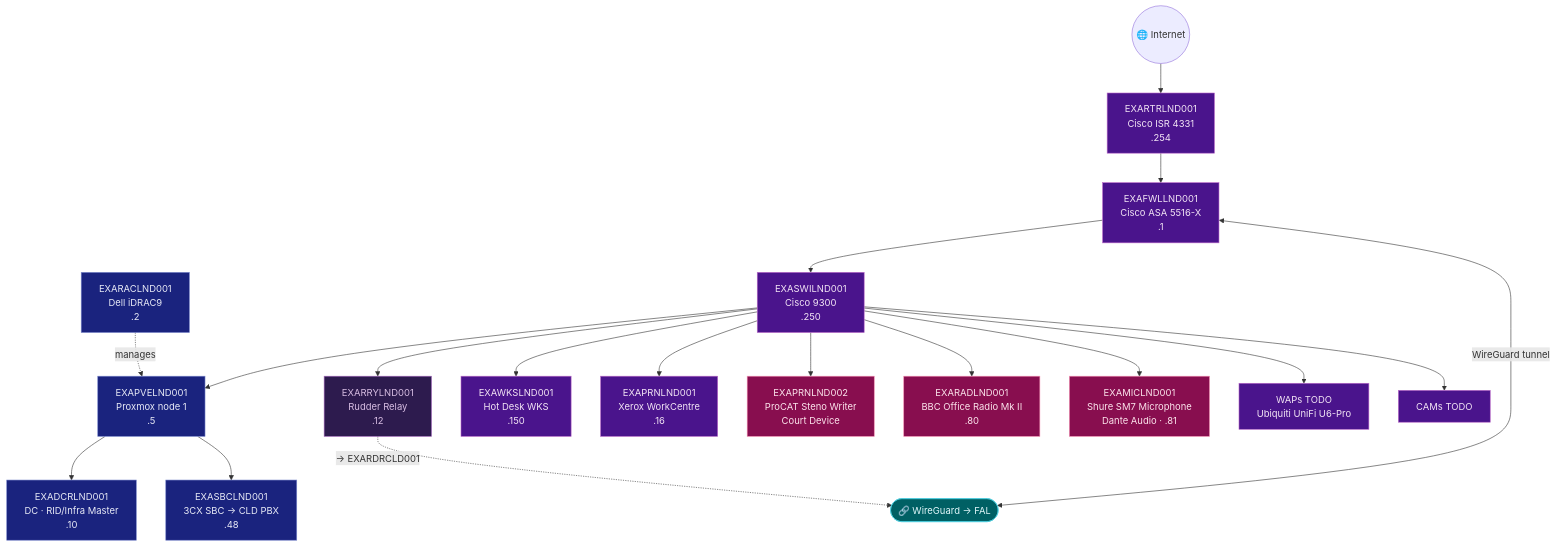
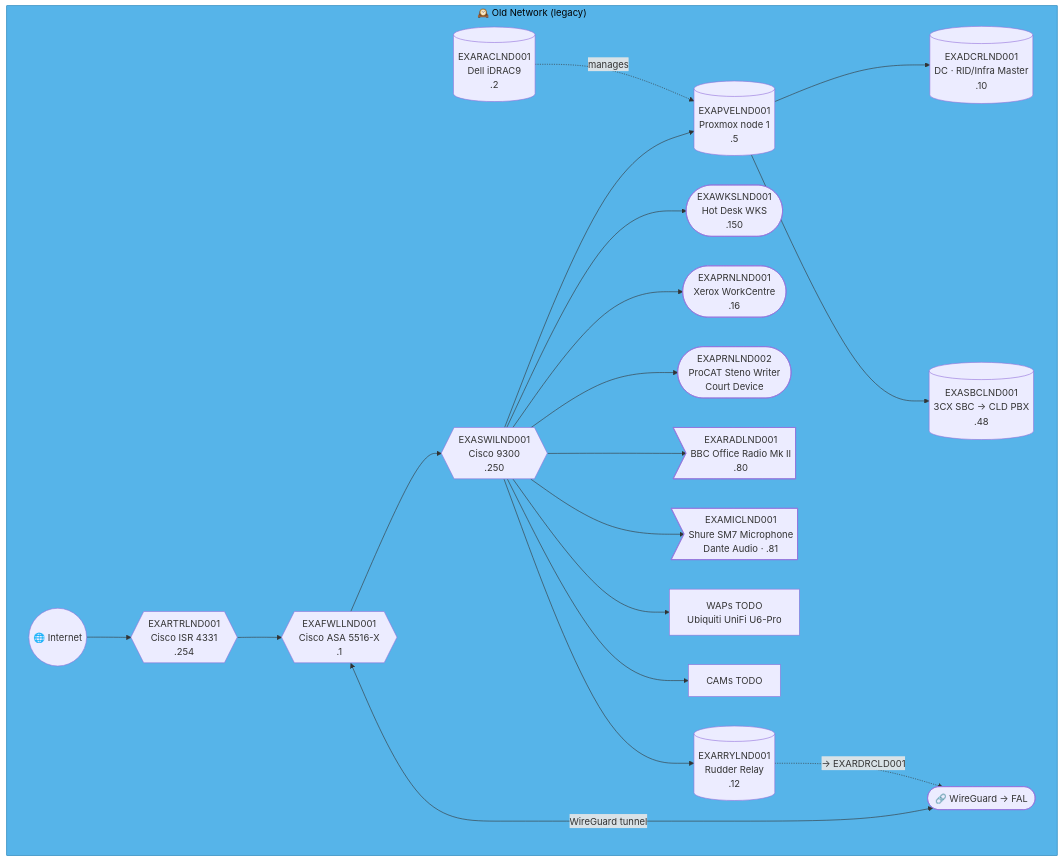
The ninth of 47 diagrams in docs/network-diagram.md (knightmare2600/example_music_infra), drawn with Mermaid before and after one commit. The commit also changed other lines of this file and 2 other files, not shown here.

````diff
--- a/docs/network-diagram.md
+++ b/docs/network-diagram.md
@@ -534,41 +515,32 @@
 ```mermaid
 graph TD
-    INET(("🌐 Internet"))
-    FWL["EXAFWLLND001<br/>Cisco ASA 5516-X<br/>.1"]
-    SW["EXASWILND001<br/>Cisco 9300<br/>.250"]
-    RTR["EXARTRLND001<br/>Cisco ISR 4331<br/>.254"]
-    RAC["EXARACLND001<br/>Dell iDRAC9<br/>.2"]
-    PVE["EXAPVELND001<br/>Proxmox node 1<br/>.5"]
-    DC["EXADCRLND001<br/>DC · RID/Infra Master<br/>.10"]
-    SBC["EXASBCLND001<br/>3CX SBC → CLD PBX<br/>.48"]
-    RRY["EXARRYLND001<br/>Rudder Relay<br/>.12"]
-    WKS["EXAWKSLND001<br/>Hot Desk WKS<br/>.150"]
-    PRN1["EXAPRNLND001<br/>Xerox WorkCentre<br/>.16"]
-    PRN2["EXAPRNLND002<br/>ProCAT Steno Writer<br/>Court Device"]
-    RAD["EXARADLND001<br/>BBC Office Radio Mk II<br/>.80"]
-    MIC["EXAMICLND001<br/>Shure SM7 Microphone<br/>Dante Audio · .81"]
-    WAP["WAPs TODO<br/>Ubiquiti UniFi U6-Pro"]
-    CAM["CAMs TODO"]
-    VPN(["🔗 WireGuard → FAL"])
+    subgraph OLD_LND ["🕰️ Old Network (legacy)"]
+      INET(("🌐 Internet"))
+      FWL{{"EXAFWLLND001<br/>Cisco ASA 5516-X<br/>.1"}}
+      SW{{"EXASWILND001<br/>Cisco 9300<br/>.250"}}
+      RTR{{"EXARTRLND001<br/>Cisco ISR 4331<br/>.254"}}
+      RAC[("EXARACLND001<br/>Dell iDRAC9<br/>.2")]
+      PVE[("EXAPVELND001<br/>Proxmox node 1<br/>.5")]
+      DC[("EXADCRLND001<br/>DC · RID/Infra Master<br/>.10")]
+      SBC[("EXASBCLND001<br/>3CX SBC → CLD PBX<br/>.48")]
+      RRY[("EXARRYLND001<br/>Rudder Relay<br/>.12")]
+      WKS(["EXAWKSLND001<br/>Hot Desk WKS<br/>.150"])
+      PRN1(["EXAPRNLND001<br/>Xerox WorkCentre<br/>.16"])
+      PRN2(["EXAPRNLND002<br/>ProCAT Steno Writer<br/>Court Device"])
+      RAD>"EXARADLND001<br/>BBC Office Radio Mk II<br/>.80"]
+      MIC>"EXAMICLND001<br/>Shure SM7 Microphone<br/>Dante Audio · .81"]
+      WAP["WAPs TODO<br/>Ubiquiti UniFi U6-Pro"]
+      CAM["CAMs TODO"]
+      VPN(["🔗 WireGuard → FAL"])
 
-    INET --> RTR --> FWL --> SW
-    SW --> PVE --> DC & SBC
-    RAC -.->|"manages"| PVE
-    SW --> WKS & PRN1 & PRN2 & RAD & MIC & WAP & CAM
-    FWL <-->|"WireGuard tunnel"| VPN
+      INET --> RTR --> FWL --> SW
+      SW --> PVE --> DC & SBC
+      RAC -.->|"manages"| PVE
+      SW --> WKS & PRN1 & PRN2 & RAD & MIC & WAP & CAM
+      FWL <-->|"WireGuard tunnel"| VPN
 
-    SW --> RRY
-    RRY -. "→ EXARDRCLD001" .-> VPN
-    classDef net fill:#4a148c,stroke:#ba68c8,color:#f3e5f5
-    classDef srv fill:#1a237e,stroke:#7986cb,color:#e8eaf6
-    classDef ep fill:#4a148c,stroke:#ba68c8,color:#f3e5f5
-    classDef site fill:#880e4f,stroke:#f48fb1,color:#fce4ec
-    classDef vpn fill:#006064,stroke:#4dd0e1,color:#e0f7fa
-    classDef rudder fill:#2d1b4e,stroke:#a569bd,color:#d7bde2
-    class FWL,SW,RTR net
-    class PVE,DC,SBC,RAC srv
-    class RRY rudder
-    class WKS,PRN1,WAP,CAM ep
-    class PRN2,RAD,MIC site
-    class VPN vpn
+      SW --> RRY
+      RRY -. "→ EXARDRCLD001" .-> VPN
+    end
+    style OLD_LND fill:#56B4E9,stroke:#0072B2,color:#000000
 ```
````
